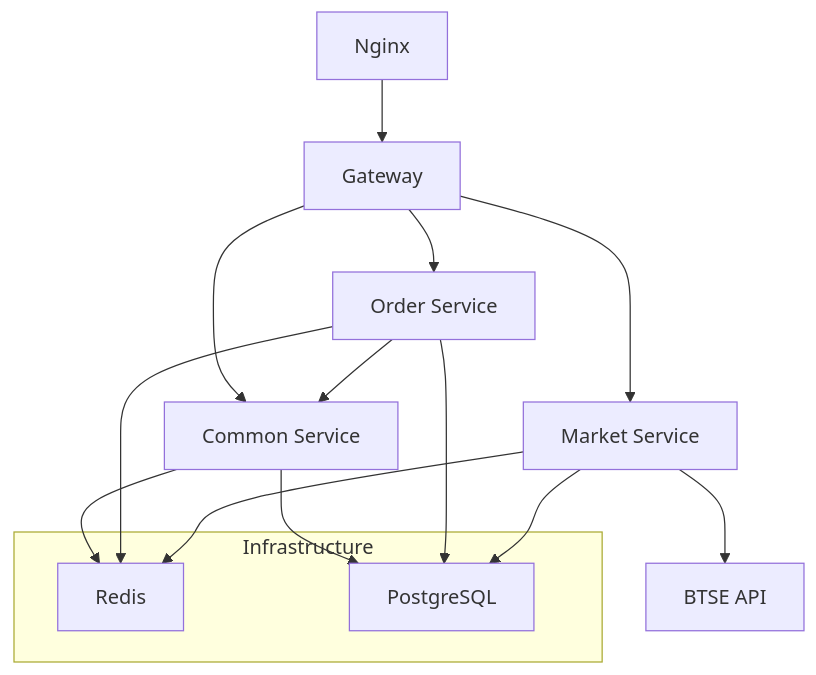
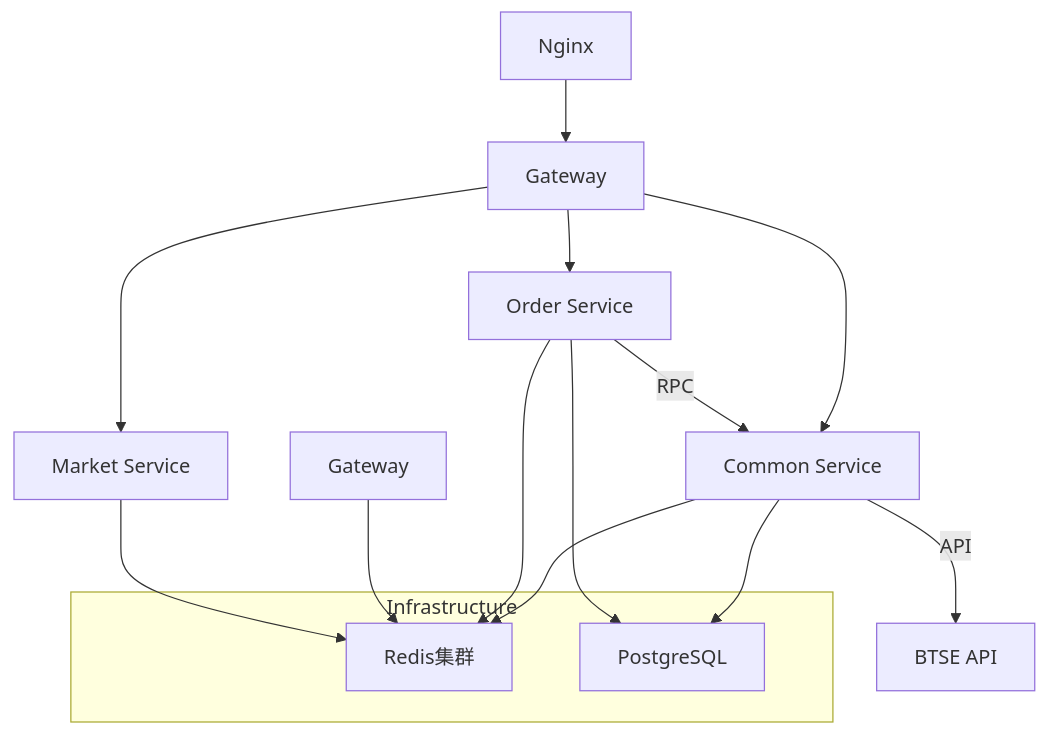
Before and after one commit to barry428/BinaryOptionDocs: the third of 3 diagrams in 2. 设计类/207_02_系统架构设计（PG）.md, drawn with Mermaid. The commit also changed other lines of this file and 51 other files, not shown here.

````diff
--- a/2. 设计类/207_02_系统架构设计（PG）.md
+++ b/2. 设计类/207_02_系统架构设计（PG）.md
@@ -282,24 +371,23 @@
 ```mermaid
 graph TB
     N[Nginx] --> G[Gateway]
     G --> CS[Common Service]
     G --> OS[Order Service]
     G --> MS[Market Service]
     
-    OS --> CS
-    
-    MS --> BTSE[BTSE API]
+    OS -->|RPC| CS
+    CS -->|API| BTSE[BTSE API]
     
     subgraph "Infrastructure"
-        R[Redis]
+        R[Redis集群]
         DB[PostgreSQL]
     end
     
     CS --> R
     OS --> R
+    GW[Gateway] --> R
     MS --> R
     
     CS --> DB
     OS --> DB
-    MS --> DB
 ```
````
